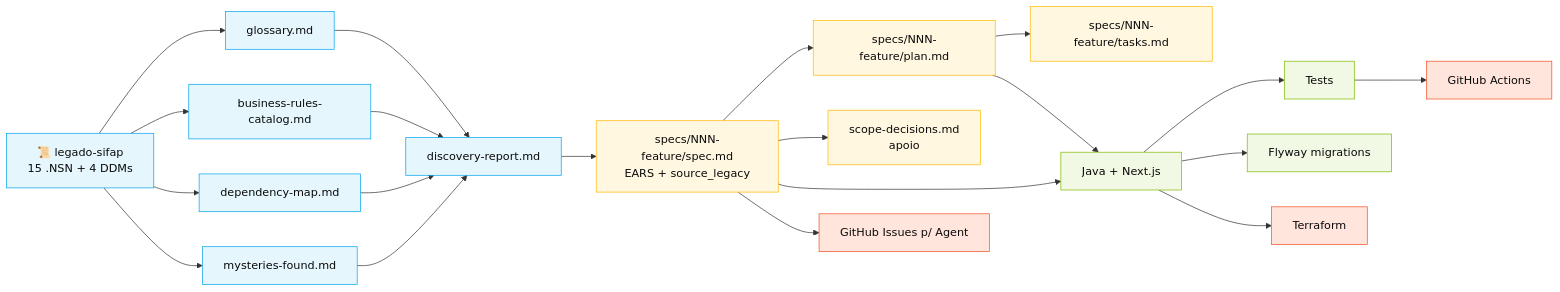
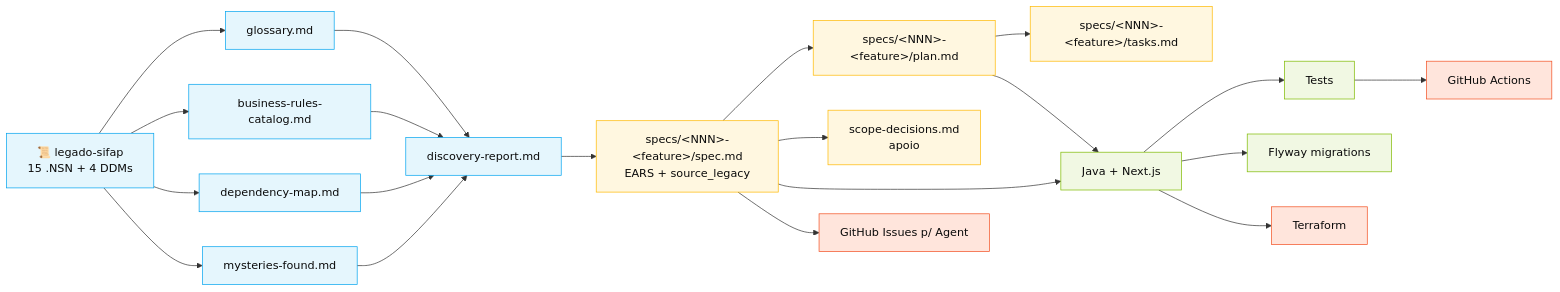
One commit to paulasilvatech/datacorp-mm-team-kit changed the diagram in 00-SITEMAP.md. Above: the diagram before and after it, drawn with Mermaid. The commit also changed other lines of this file and 33 other files, not shown here.

````diff
--- a/00-SITEMAP.md
+++ b/00-SITEMAP.md
@@ -63,40 +63,40 @@
 ```mermaid
 flowchart LR
     classDef stage1 fill:#E5F6FD,stroke:#00A4EF,color:#0A0A0A
     classDef stage2 fill:#FFF7E0,stroke:#FFB900,color:#0A0A0A
     classDef stage3 fill:#F1F8E3,stroke:#7FBA00,color:#0A0A0A
     classDef stage4 fill:#FFE5DC,stroke:#F25022,color:#0A0A0A
 
     LEGACY[📜 legado-sifap<br/>15 .NSN + 4 DDMs]:::stage1
     GLOSS[glossary.md]:::stage1
     BR[business-rules-catalog.md]:::stage1
     DEPS[dependency-map.md]:::stage1
     MIST[mysteries-found.md]:::stage1
     REPORT[discovery-report.md]:::stage1
 
-    SPEC[specs/NNN-feature/spec.md<br/>EARS + source_legacy]:::stage2
-    PLAN[specs/NNN-feature/plan.md]:::stage2
-    TASKS[specs/NNN-feature/tasks.md]:::stage2
+    SPEC[specs/&lt;NNN&gt;-&lt;feature&gt;/spec.md<br/>EARS + source_legacy]:::stage2
+    PLAN[specs/&lt;NNN&gt;-&lt;feature&gt;/plan.md]:::stage2
+    TASKS[specs/&lt;NNN&gt;-&lt;feature&gt;/tasks.md]:::stage2
     SCOPE[scope-decisions.md<br/>apoio]:::stage2
 
     CODE[Java + Next.js]:::stage3
     MIGS[Flyway migrations]:::stage3
     TESTS[Tests]:::stage3
 
     ISSUES[GitHub Issues p/ Agent]:::stage4
     TF[Terraform]:::stage4
     CI[GitHub Actions]:::stage4
 
     LEGACY --> GLOSS & BR & DEPS & MIST
     GLOSS & BR & DEPS & MIST --> REPORT
     REPORT --> SPEC
     SPEC --> PLAN --> TASKS
     SPEC --> SCOPE
     SPEC --> CODE
     PLAN --> CODE
     CODE --> TESTS
     CODE --> MIGS
     SPEC --> ISSUES
     CODE --> TF
     TESTS --> CI
 ```
````
